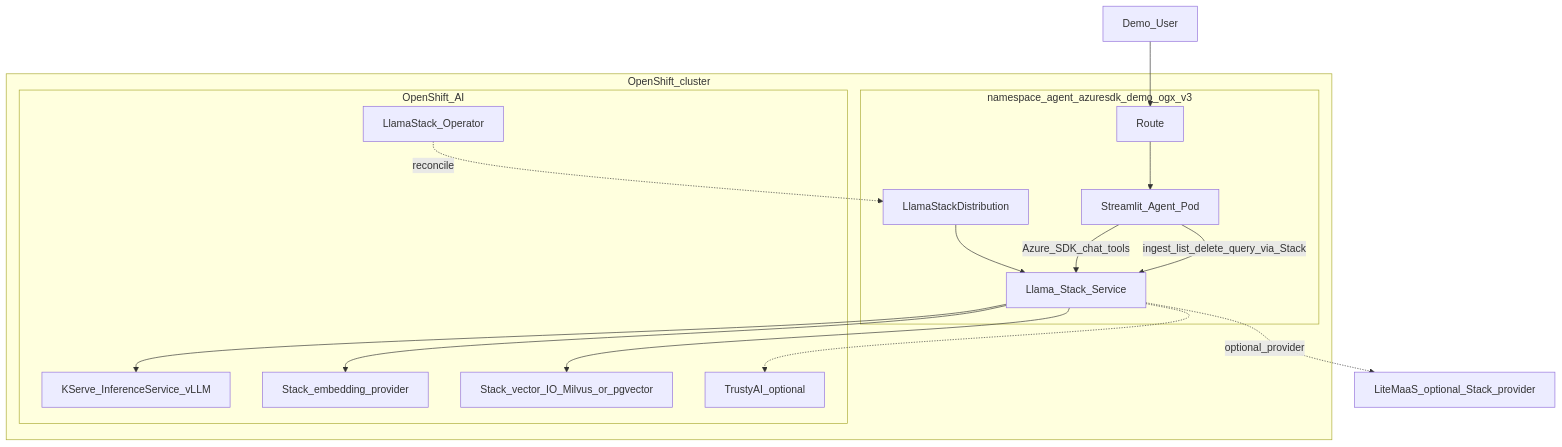
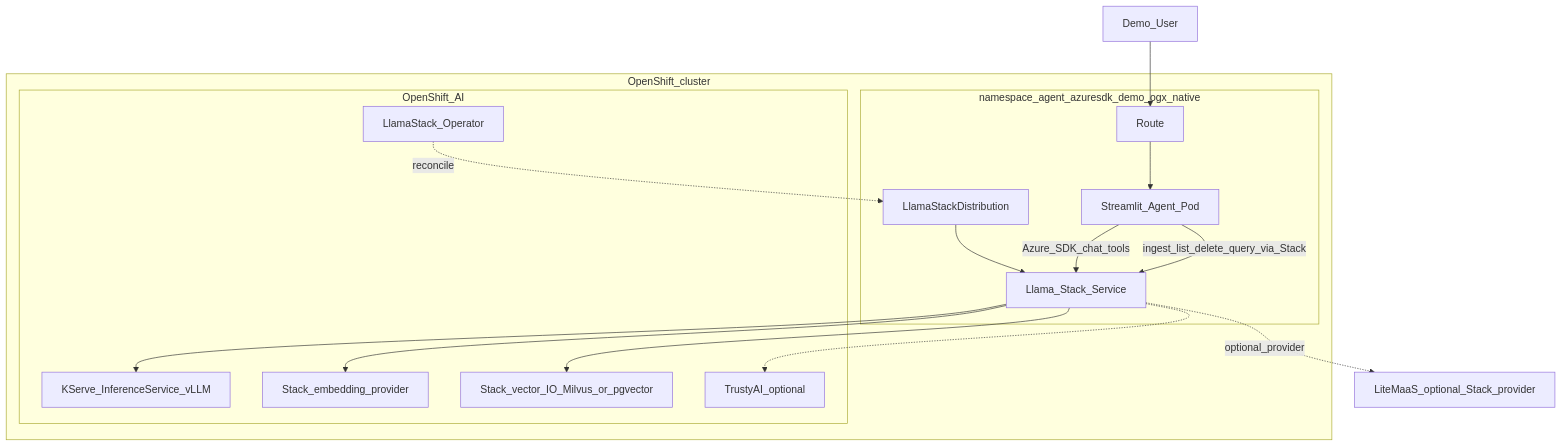
The first of 2 diagrams in docs/SPEC-v3.md (maschind/agent-azuresdk-demo), drawn with Mermaid before and after one commit. The commit also changed other lines of this file and 3 other files, not shown here.

Commit message:
Place v3 on dedicated branch ogx-native instead of an ogx overlay.

````diff
--- a/docs/SPEC-v3.md
+++ b/docs/SPEC-v3.md
@@ -63,31 +66,31 @@
 ```mermaid
 flowchart TB
   User[Demo_User]
   subgraph ocp [OpenShift_cluster]
-    subgraph ns [namespace_agent_azuresdk_demo_ogx_v3]
+    subgraph ns [namespace_agent_azuresdk_demo_ogx_native]
       Route[Route]
       UI[Streamlit_Agent_Pod]
       LSD[LlamaStackDistribution]
       StackSvc[Llama_Stack_Service]
       Route --> UI
       UI -->|"Azure_SDK_chat_tools"| StackSvc
       UI -->|"ingest_list_delete_query_via_Stack"| StackSvc
       LSD --> StackSvc
     end
     subgraph rhoai [OpenShift_AI]
       LSO[LlamaStack_Operator]
       LSO -.->|reconcile| LSD
       KServe[KServe_InferenceService_vLLM]
       Emb[Stack_embedding_provider]
       Vec[Stack_vector_IO_Milvus_or_pgvector]
       StackSvc --> KServe
       StackSvc --> Emb
       StackSvc --> Vec
       Trusty[TrustyAI_optional]
       StackSvc -.-> Trusty
     end
   end
   LiteMaaS[LiteMaaS_optional_Stack_provider]
   StackSvc -.->|optional_provider| LiteMaaS
   User --> Route
 ```
````
